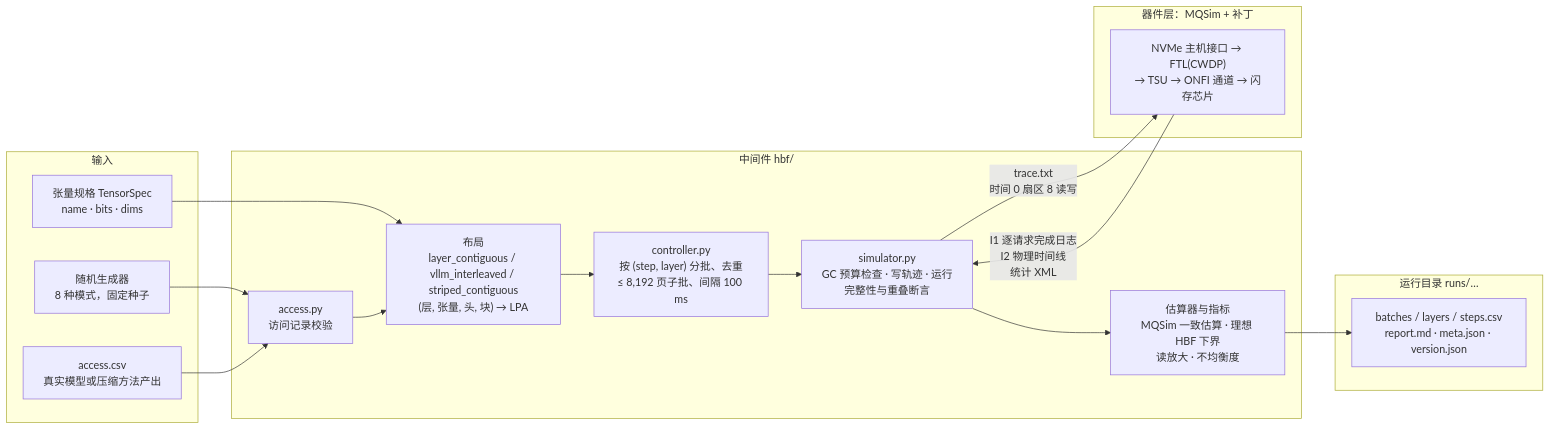
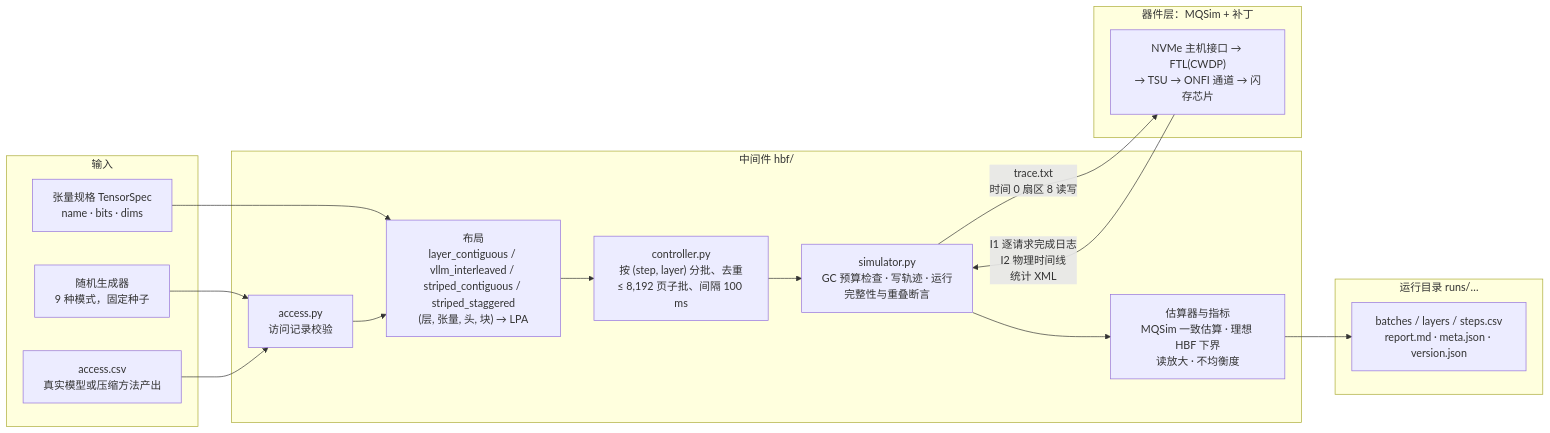
The first of 2 diagrams in README.md (sgkjr8kzbac/MQSim-HBF), drawn with Mermaid before and after one commit. The commit also changed other lines of this file and 10 other files, not shown here.

````diff
--- a/README.md
+++ b/README.md
@@ -16,32 +16,32 @@
 ```mermaid
 flowchart LR
     subgraph IN["输入"]
-        GEN["随机生成器<br/>8 种模式，固定种子"]
+        GEN["随机生成器<br/>9 种模式，固定种子"]
         CSV["access.csv<br/>真实模型或压缩方法产出"]
         TS["张量规格 TensorSpec<br/>name · bits · dims"]
     end
 
     subgraph MW["中间件 hbf/"]
         ACC["access.py<br/>访问记录校验"]
-        LAY["布局<br/>layer_contiguous / vllm_interleaved / striped_contiguous<br/>(层, 张量, 头, 块) → LPA"]
+        LAY["布局<br/>layer_contiguous / vllm_interleaved / striped_contiguous / striped_staggered<br/>(层, 张量, 头, 块) → LPA"]
         CTL["controller.py<br/>按 (step, layer) 分批、去重<br/>≤ 8,192 页子批、间隔 100 ms"]
         SIM["simulator.py<br/>GC 预算检查 · 写轨迹 · 运行<br/>完整性与重叠断言"]
         EST["估算器与指标<br/>MQSim 一致估算 · 理想 HBF 下界<br/>读放大 · 不均衡度"]
     end
 
     subgraph DEV["器件层：MQSim + 补丁"]
         MQ["NVMe 主机接口 → FTL(CWDP)<br/>→ TSU → ONFI 通道 → 闪存芯片"]
     end
 
     subgraph OUT["运行目录 runs/…"]
         RES["batches / layers / steps.csv<br/>report.md · meta.json · version.json"]
     end
 
     GEN --> ACC
     CSV --> ACC
     TS --> LAY
     ACC --> LAY --> CTL --> SIM
     SIM -- "trace.txt<br/>时间 0 扇区 8 读写" --> MQ
     MQ -- "I1 逐请求完成日志<br/>I2 物理时间线<br/>统计 XML" --> SIM
     SIM --> EST --> RES
 ```
````
